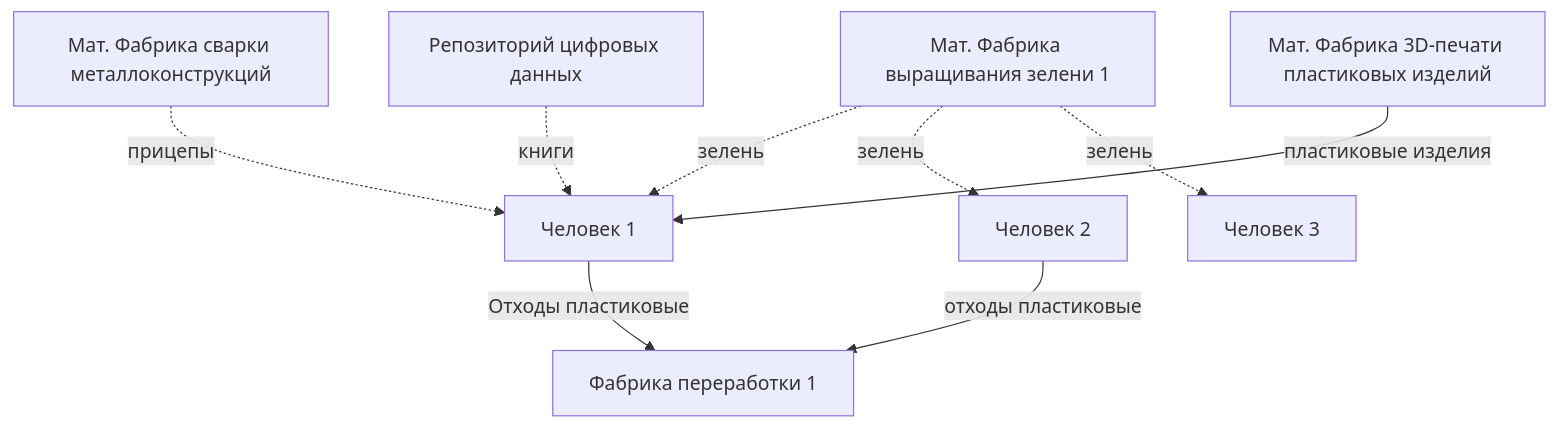
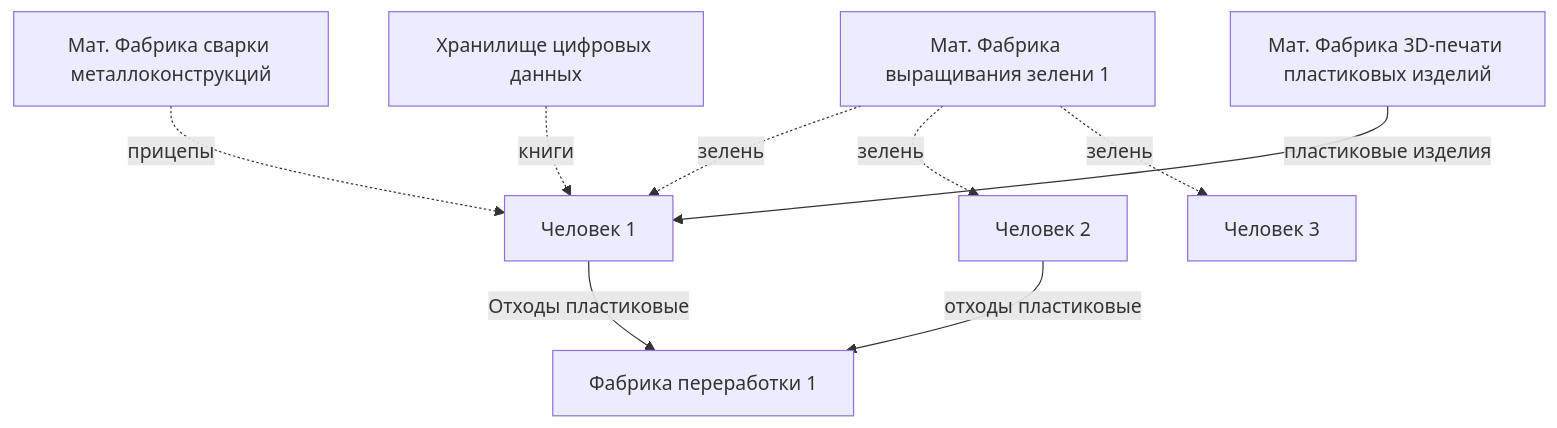
The diagram in ТекущийЭкономическийБазис.md (shyzik93/settlement_charter), drawn with Mermaid before and after one commit. The commit also changed other lines of this file, not shown here.

````diff
--- a/ТекущийЭкономическийБазис.md
+++ b/ТекущийЭкономическийБазис.md
@@ -14,12 +14,12 @@
 ```mermaid
 flowchart TD
     A[Человек 1] --> |Отходы пластиковые|B[Фабрика переработки 1]
     C[Мат. Фабрика выращивания зелени 1] -.-> |зелень|A
     C -.-> |зелень|F[Человек 2]
     C -.-> |зелень|E[Человек 3]
     D[Мат. Фабрика сварки металлоконструкций] -.-> |прицепы|A
-    G[Репозиторий цифровых данных] -.-> |книги|A
+    G[Хранилище цифровых данных] -.-> |книги|A
     F --> |отходы пластиковые|B
     H[Мат. Фабрика 3D-печати пластиковых изделий] --> |пластиковые изделия|A
 
 ```
````
